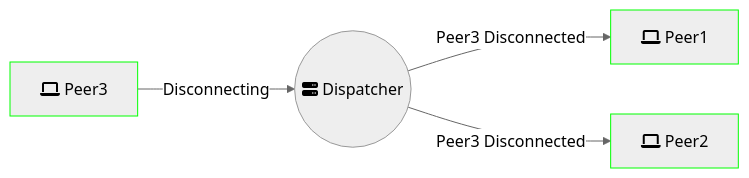
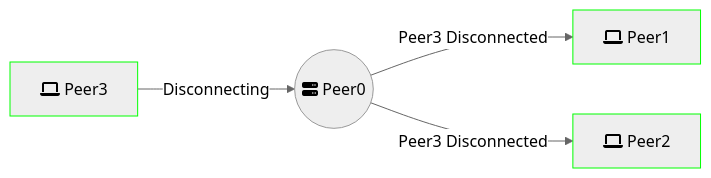
One commit to gr3gdev/rudp2p changed the fourth of 6 diagrams in tests/peer.md. Above: the diagram before and after it, drawn with Mermaid (neutral theme). The commit also changed other lines of this file and 3 other files, not shown here.

````diff
--- a/tests/peer.md
+++ b/tests/peer.md
@@ -40,9 +40,9 @@
 ```mermaid
 flowchart LR
   classDef peer stroke:#0f0;
   
-  P3[fa:fa-laptop Peer3]:::peer --Disconnecting--> B((fa:fa-server Dispatcher))
+  P3[fa:fa-laptop Peer3]:::peer --Disconnecting--> B((fa:fa-server Peer0))
   
   B --Peer3 Disconnected--> P1[fa:fa-laptop Peer1]:::peer
   B --Peer3 Disconnected--> P2[fa:fa-laptop Peer2]:::peer
 ```
````
